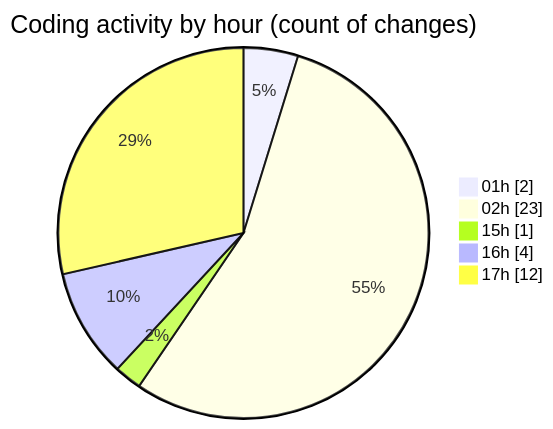
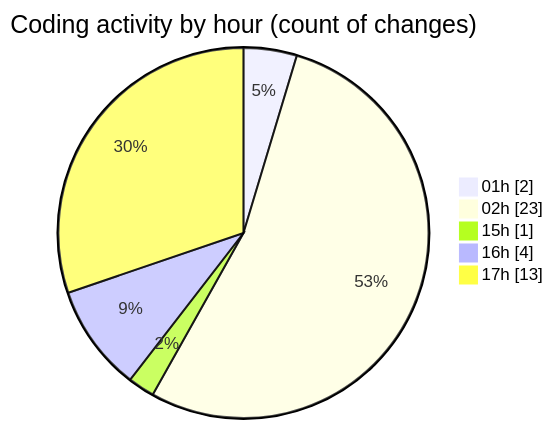
The second of 2 diagrams in 2025-10-01/open-health/README.md (mevix1/code-tracking), drawn with Mermaid before and after one commit. The commit also changed other lines of this file and 1 other file, not shown here.

````diff
--- a/2025-10-01/open-health/README.md
+++ b/2025-10-01/open-health/README.md
@@ -52,9 +54,9 @@
 ```mermaid
 pie showData
 title Coding activity by hour (count of changes)
 "01h" : 2
 "02h" : 23
 "15h" : 1
 "16h" : 4
-"17h" : 12
+"17h" : 13
 ```
````
